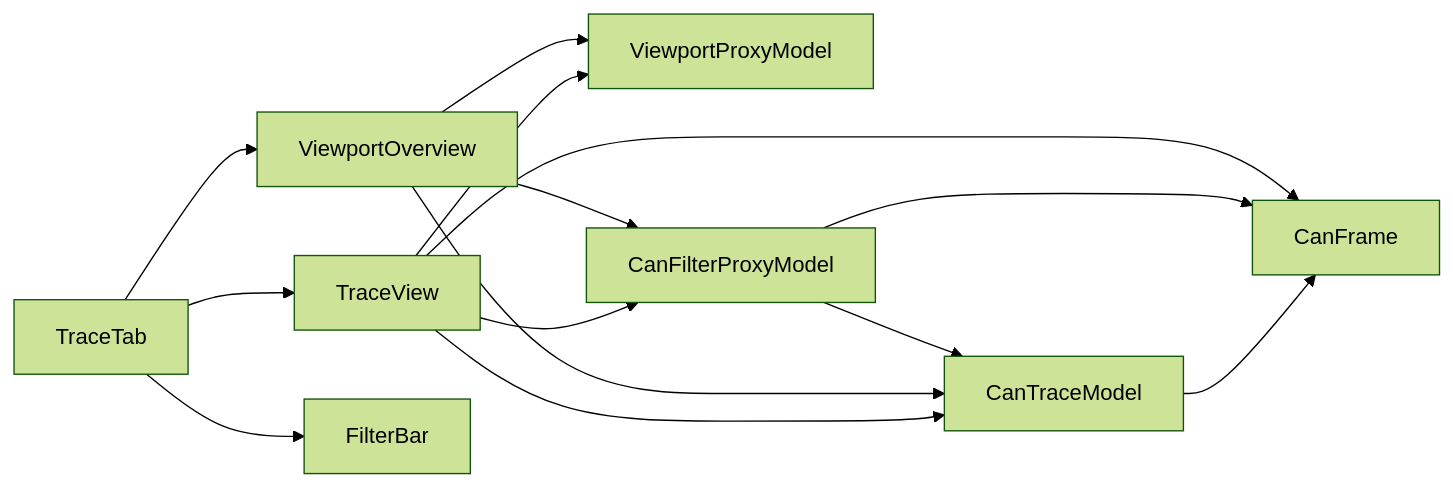
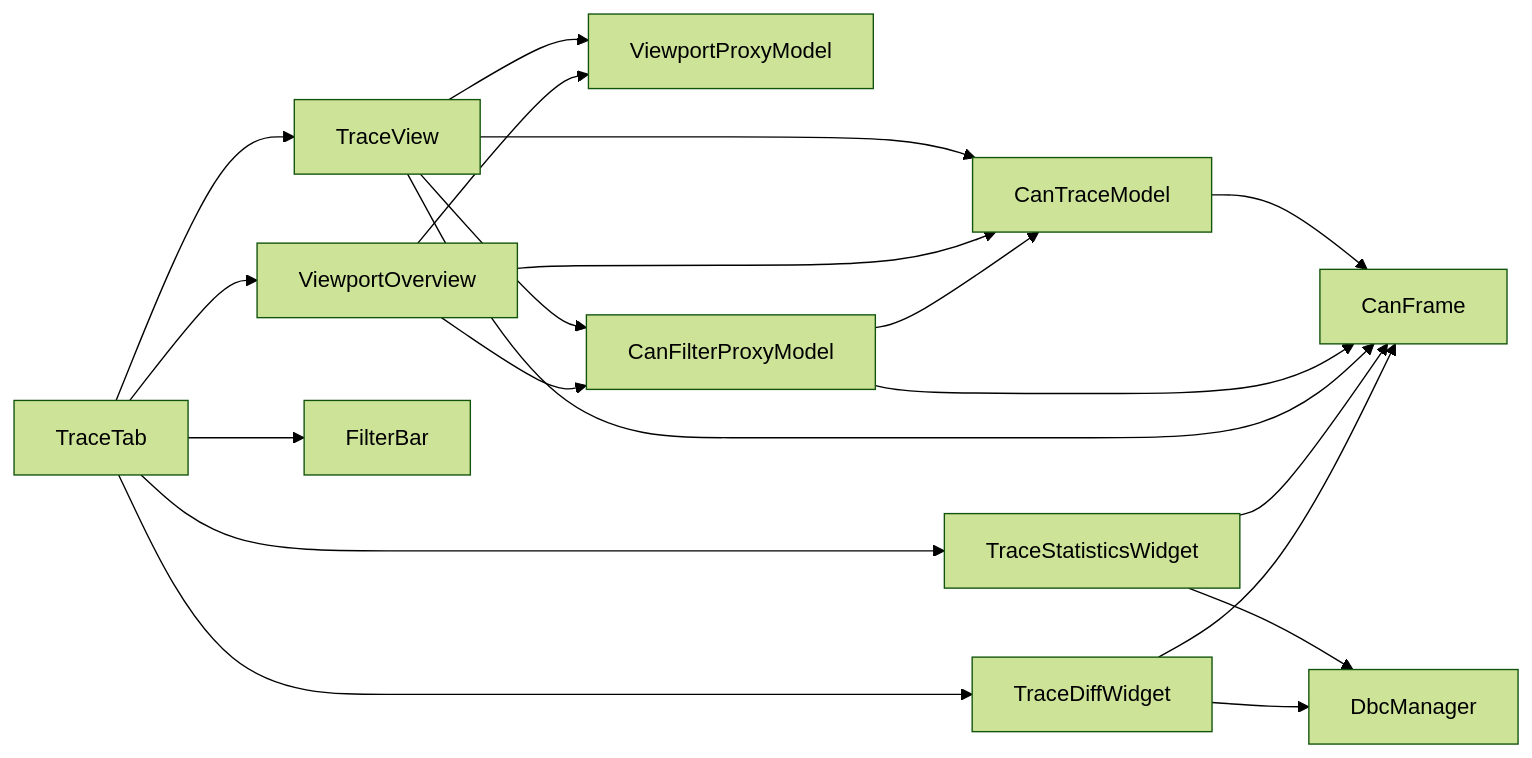
Before and after one commit to jakecai1225-design/OpenBus: the eighth of 8 diagrams in .qoder/repowiki/zh/content/架构设计/UI系统设计/跟踪视图视口概览.md, drawn with Mermaid (forest theme). The commit also changed other lines of this file and 22 other files, not shown here.

Commit message:
trace graphic

````diff
--- a/.qoder/repowiki/zh/content/架构设计/UI系统设计/跟踪视图视口概览.md
+++ b/.qoder/repowiki/zh/content/架构设计/UI系统设计/跟踪视图视口概览.md
@@ -285,16 +397,22 @@
 ```mermaid
 graph LR
 TV["TraceView"] --> VPM["ViewportProxyModel"]
 TV --> CFPM["CanFilterProxyModel"]
 TV --> CTM["CanTraceModel"]
 VO["ViewportOverview"] --> VPM
 VO --> CFPM
 VO --> CTM
+TSW["TraceStatisticsWidget"] --> DM["DbcManager"]
+TDW["TraceDiffWidget"] --> DM
 TT["TraceTab"] --> TV
 TT --> VO
+TT --> TSW
+TT --> TDW
 TT --> FB["FilterBar"]
 CFPM --> CTM
 CTM --> CF["CanFrame"]
 CFPM --> CF
 TV --> CF
+TSW --> CF
+TDW --> CF
 ```
````
